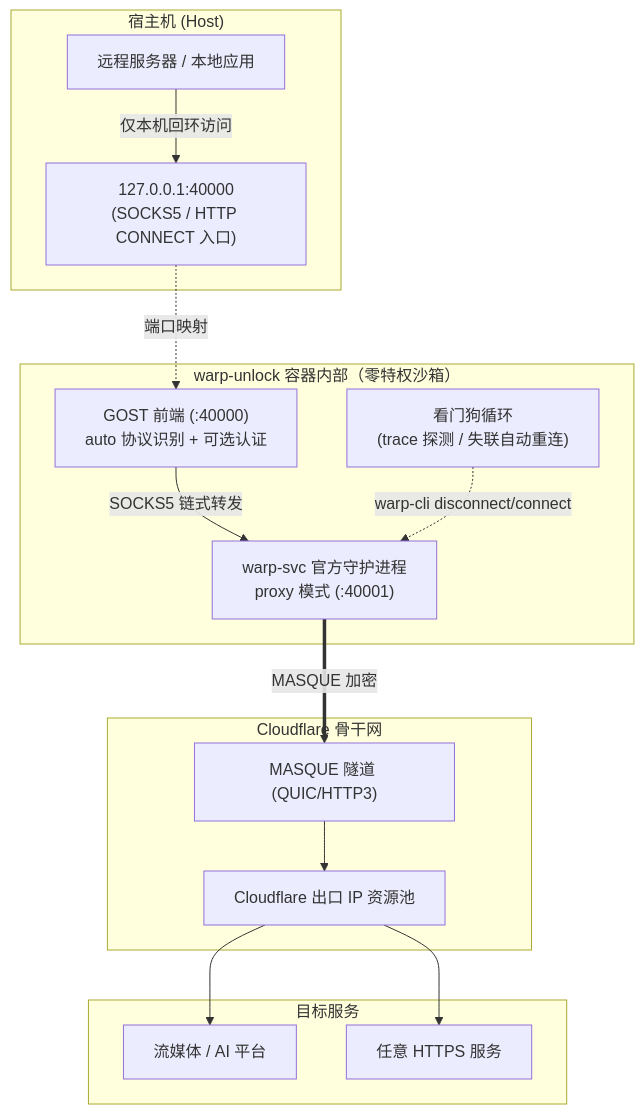
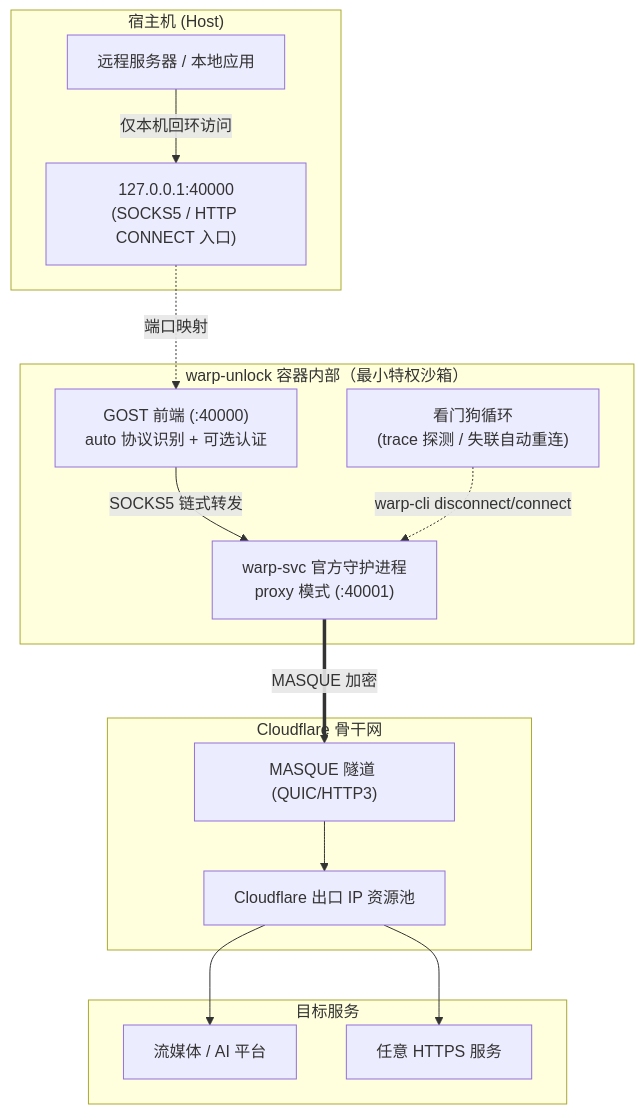
Before and after one commit to hausthy/cloudflare-warp-unlock: the diagram in README.md, drawn with Mermaid. The commit also changed other lines of this file and 4 other files, not shown here.

````diff
--- a/README.md
+++ b/README.md
@@ -41,31 +41,31 @@
 ```mermaid
 flowchart TD
     subgraph Host["宿主机 (Host)"]
         Client["远程服务器 / 本地应用"]
         SocksPort["127.0.0.1:40000<br>(SOCKS5 / HTTP CONNECT 入口)"]
         Client -->|仅本机回环访问| SocksPort
     end
 
-    subgraph Container["warp-unlock 容器内部（零特权沙箱）"]
+    subgraph Container["warp-unlock 容器内部（最小特权沙箱）"]
         Gost["GOST 前端 (:40000)<br>auto 协议识别 + 可选认证"]
         WarpSvc["warp-svc 官方守护进程<br>proxy 模式 (:40001)"]
         Watchdog["看门狗循环<br>(trace 探测 / 失联自动重连)"]
         SocksPort -.->|端口映射| Gost
         Gost -->|SOCKS5 链式转发| WarpSvc
         Watchdog -.->|warp-cli disconnect/connect| WarpSvc
     end
 
     subgraph Cloudflare["Cloudflare 骨干网"]
         Endpoint["MASQUE 隧道 (QUIC/HTTP3)"]
         CFIP["Cloudflare 出口 IP 资源池"]
         WarpSvc ==>|MASQUE 加密| Endpoint
         Endpoint --> CFIP
     end
 
     subgraph Targets["目标服务"]
         Netflix["流媒体 / AI 平台"]
         Any["任意 HTTPS 服务"]
         CFIP --> Netflix
         CFIP --> Any
     end
 ```
````
